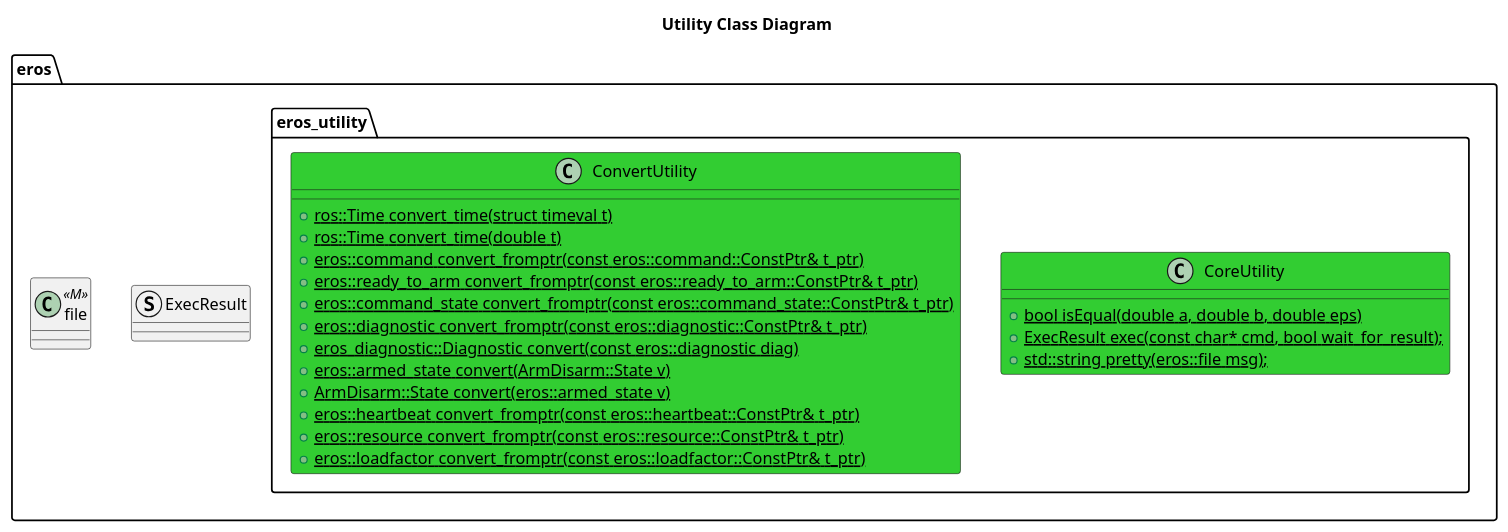
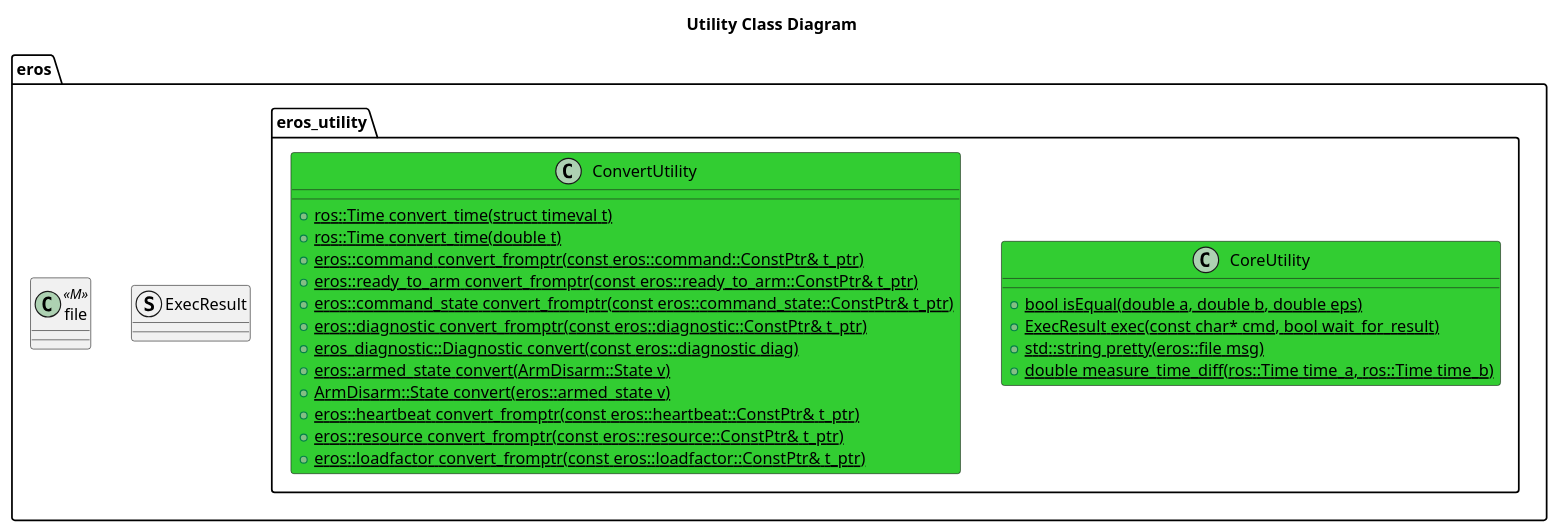
The diagram in include/eros_utility/doc/UtilityClassDiagram.puml (dgitz/eros), drawn with PlantUML before and after one commit. The commit also changed 12 other files, not shown here.

```diff
--- a/include/eros_utility/doc/UtilityClassDiagram.puml
+++ b/include/eros_utility/doc/UtilityClassDiagram.puml
@@ -1,31 +1,31 @@
 @startuml
 title Utility Class Diagram
 
 package eros {
     struct ExecResult
     class file <<M>>
 
 namespace eros_utility {
     class CoreUtility #LimeGreen {
         +{static} bool isEqual(double a, double b, double eps)
-        +{static} ExecResult exec(const char* cmd, bool wait_for_result);
-        +{static} std::string pretty(eros::file msg);
+        +{static} ExecResult exec(const char* cmd, bool wait_for_result)
+        +{static} std::string pretty(eros::file msg)
+        +{static} double measure_time_diff(ros::Time time_a, ros::Time time_b)
     }
     class ConvertUtility #LimeGreen {
         +{static} ros::Time convert_time(struct timeval t)
         +{static} ros::Time convert_time(double t)
         +{static} eros::command convert_fromptr(const eros::command::ConstPtr& t_ptr)
         +{static} eros::ready_to_arm convert_fromptr(const eros::ready_to_arm::ConstPtr& t_ptr)
         +{static} eros::command_state convert_fromptr(const eros::command_state::ConstPtr& t_ptr)
         +{static} eros::diagnostic convert_fromptr(const eros::diagnostic::ConstPtr& t_ptr)
         +{static} eros_diagnostic::Diagnostic convert(const eros::diagnostic diag)
         +{static} eros::armed_state convert(ArmDisarm::State v)
         +{static} ArmDisarm::State convert(eros::armed_state v)
         +{static} eros::heartbeat convert_fromptr(const eros::heartbeat::ConstPtr& t_ptr)
         +{static} eros::resource convert_fromptr(const eros::resource::ConstPtr& t_ptr)
         +{static} eros::loadfactor convert_fromptr(const eros::loadfactor::ConstPtr& t_ptr)
-
     }
 }
 }
 @enduml
```
